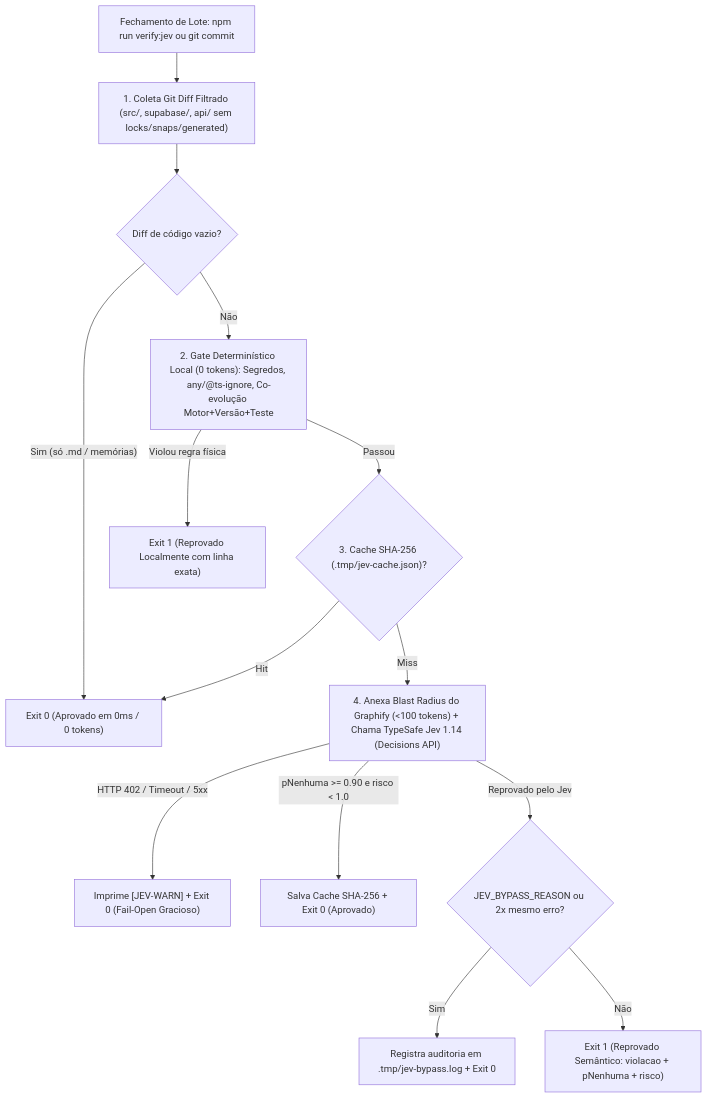
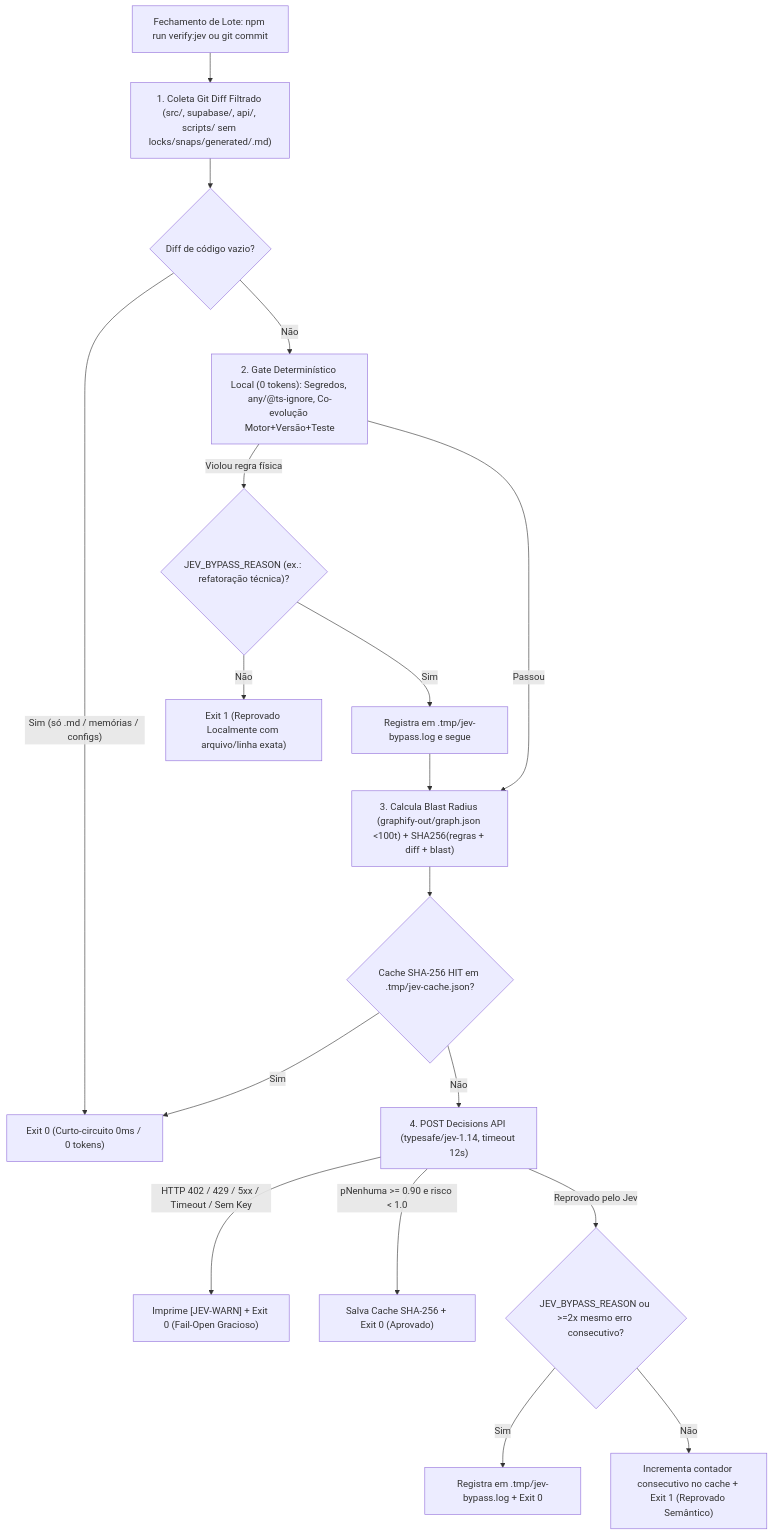
One commit to EliezerRosa/RVM-Designacoes-Antigravity changed the diagram in memories/repo/arquitetura-finops-graphify-jev-v3.md. Above: the diagram before and after it, drawn with Mermaid. The commit also changed other lines of this file and 2 other files, not shown here.

Commit message:
docs(finops): consolida proposta completa e revisao pre-implementacao Gate Jev v3 para parecer Claude Opus

````diff
--- a/memories/repo/arquitetura-finops-graphify-jev-v3.md
+++ b/memories/repo/arquitetura-finops-graphify-jev-v3.md
@@ -67,16 +102,20 @@
 ```mermaid
 flowchart TD
-    A["Fechamento de Lote: npm run verify:jev ou git commit"] --> B["1. Coleta Git Diff Filtrado (src/, supabase/, api/ sem locks/snaps/generated)"]
+    A["Fechamento de Lote: npm run verify:jev ou git commit"] --> B["1. Coleta Git Diff Filtrado (src/, supabase/, api/, scripts/ sem locks/snaps/generated/.md)"]
     B --> C{"Diff de código vazio?"}
-    C -- "Sim (só .md / memórias)" --> Z["Exit 0 (Aprovado em 0ms / 0 tokens)"]
+    C -- "Sim (só .md / memórias / configs)" --> Z["Exit 0 (Curto-circuito 0ms / 0 tokens)"]
     C -- "Não" --> D["2. Gate Determinístico Local (0 tokens): Segredos, any/@ts-ignore, Co-evolução Motor+Versão+Teste"]
-    D -- "Violou regra física" --> X["Exit 1 (Reprovado Localmente com linha exata)"]
-    D -- "Passou" --> E{"3. Cache SHA-256 (.tmp/jev-cache.json)?"}
-    E -- "Hit" --> Z
-    E -- "Miss" --> F["4. Anexa Blast Radius do Graphify (<100 tokens) + Chama TypeSafe Jev 1.14 (Decisions API)"]
-    F -- "HTTP 402 / Timeout / 5xx" --> W["Imprime [JEV-WARN] + Exit 0 (Fail-Open Gracioso)"]
+    D -- "Violou regra física" --> D2{"JEV_BYPASS_REASON (ex.: refatoração técnica)?"}
+    D2 -- "Não" --> X["Exit 1 (Reprovado Localmente com arquivo/linha exata)"]
+    D2 -- "Sim" --> YLog["Registra em .tmp/jev-bypass.log e segue"]
+    D -- "Passou" --> E["3. Calcula Blast Radius (graphify-out/graph.json <100t) + SHA256(regras + diff + blast)"]
+    YLog --> E
+    E --> E2{"Cache SHA-256 HIT em .tmp/jev-cache.json?"}
+    E2 -- "Sim" --> Z
+    E2 -- "Não" --> F["4. POST Decisions API (typesafe/jev-1.14, timeout 12s)"]
+    F -- "HTTP 402 / 429 / 5xx / Timeout / Sem Key" --> W["Imprime [JEV-WARN] + Exit 0 (Fail-Open Gracioso)"]
     F -- "pNenhuma >= 0.90 e risco < 1.0" --> S["Salva Cache SHA-256 + Exit 0 (Aprovado)"]
-    F -- "Reprovado pelo Jev" --> Y{"JEV_BYPASS_REASON ou 2x mesmo erro?"}
-    Y -- "Sim" --> W2["Registra auditoria em .tmp/jev-bypass.log + Exit 0"]
-    Y -- "Não" --> X2["Exit 1 (Reprovado Semântico: violacao + pNenhuma + risco)"]
+    F -- "Reprovado pelo Jev" --> Y{"JEV_BYPASS_REASON ou >=2x mesmo erro consecutivo?"}
+    Y -- "Sim" --> W2["Registra em .tmp/jev-bypass.log + Exit 0"]
+    Y -- "Não" --> X2["Incrementa contador consecutivo no cache + Exit 1 (Reprovado Semântico)"]
 ```
````
